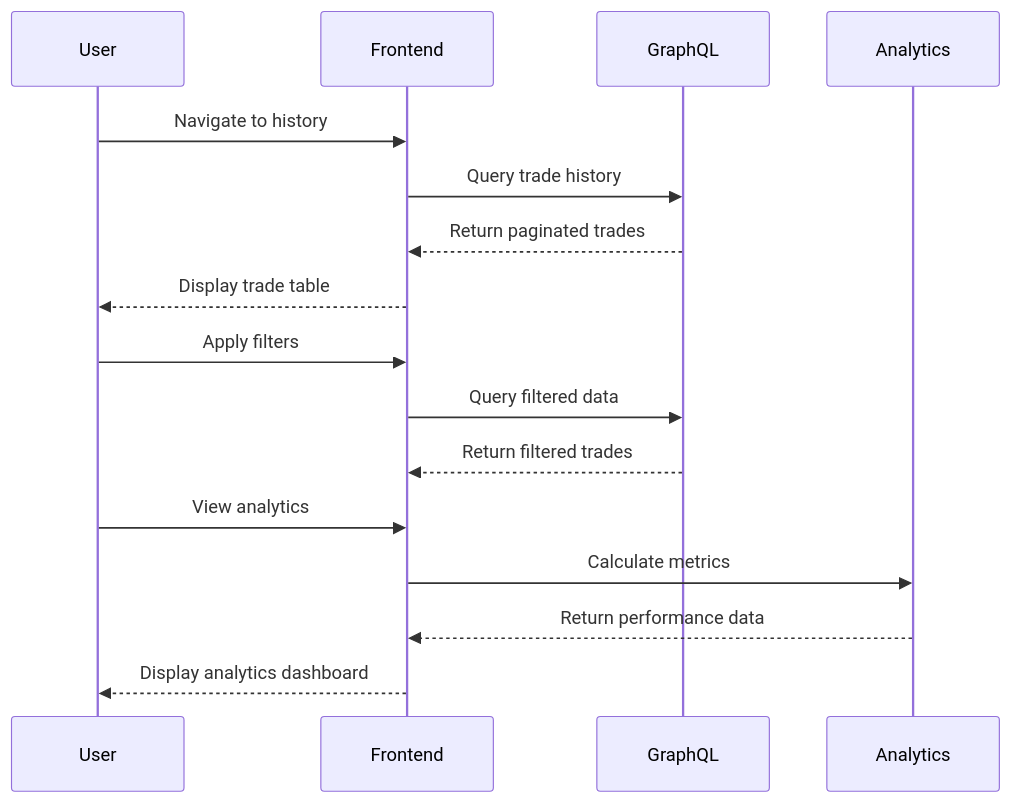
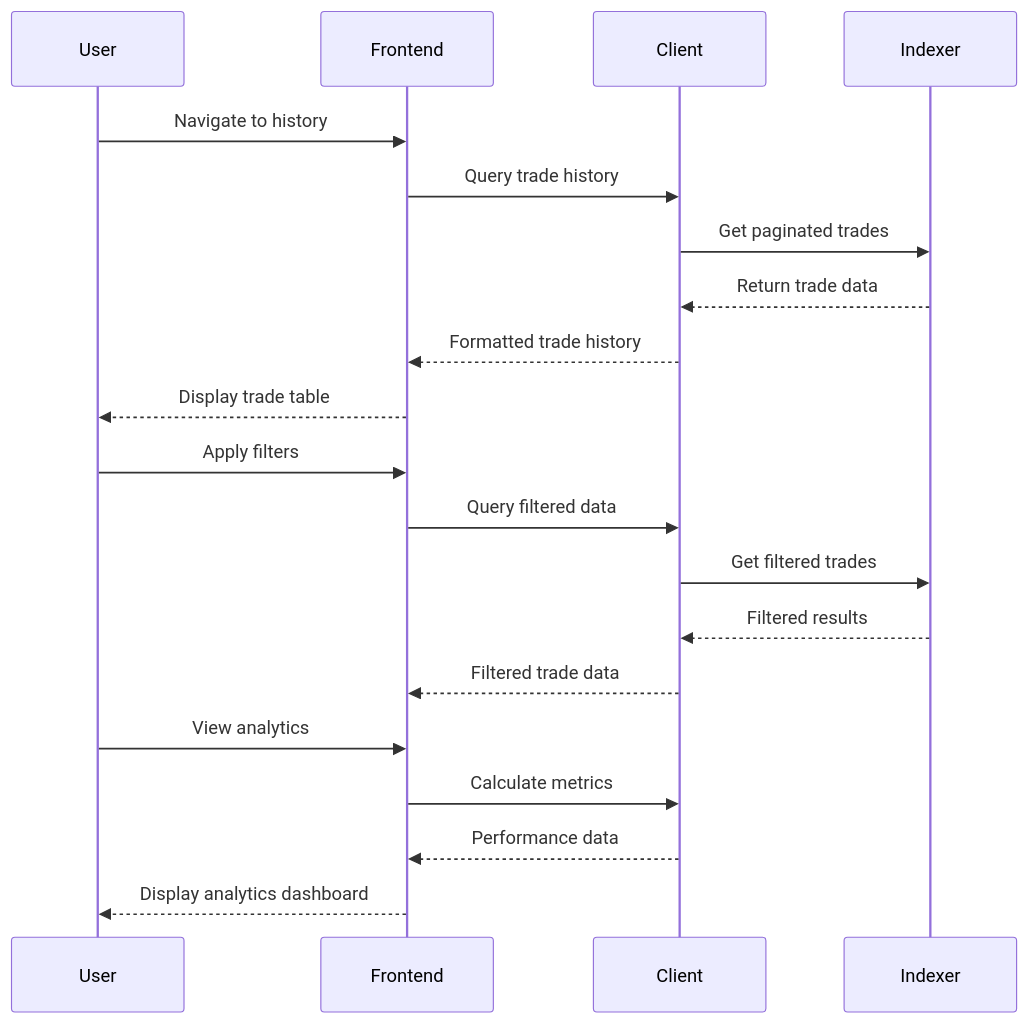
Before and after one commit to dydxprotocol/v4-web: the eighth of 15 diagrams in project-stories-breakdown-reorganized.md, drawn with Mermaid. The commit also changed other lines of this file, not shown here.

````diff
--- a/project-stories-breakdown-reorganized.md
+++ b/project-stories-breakdown-reorganized.md
@@ -1337,21 +1041,25 @@
 ```mermaid
 sequenceDiagram
     participant User
     participant Frontend
-    participant GraphQL
-    participant Analytics
+    participant Client
+    participant Indexer
     
     User->>Frontend: Navigate to history
-    Frontend->>GraphQL: Query trade history
-    GraphQL-->>Frontend: Return paginated trades
+    Frontend->>Client: Query trade history
+    Client->>Indexer: Get paginated trades
+    Indexer-->>Client: Return trade data
+    Client-->>Frontend: Formatted trade history
     Frontend-->>User: Display trade table
     
     User->>Frontend: Apply filters
-    Frontend->>GraphQL: Query filtered data
-    GraphQL-->>Frontend: Return filtered trades
+    Frontend->>Client: Query filtered data
+    Client->>Indexer: Get filtered trades
+    Indexer-->>Client: Filtered results
+    Client-->>Frontend: Filtered trade data
     
     User->>Frontend: View analytics
-    Frontend->>Analytics: Calculate metrics
-    Analytics-->>Frontend: Return performance data
+    Frontend->>Client: Calculate metrics
+    Client-->>Frontend: Performance data
     Frontend-->>User: Display analytics dashboard
 ```
````
